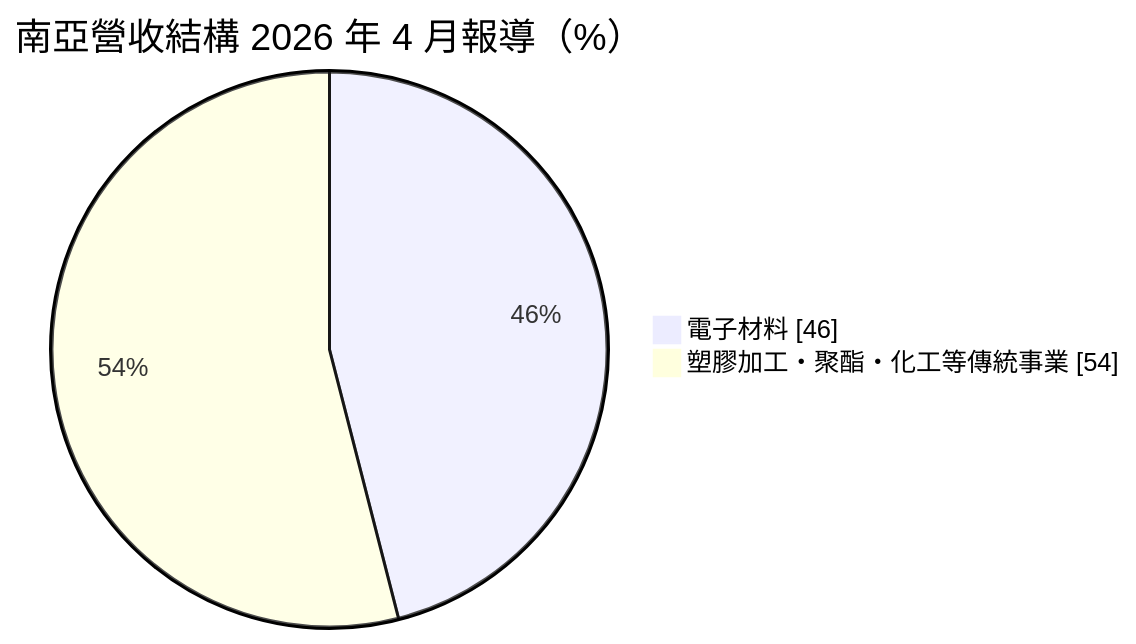
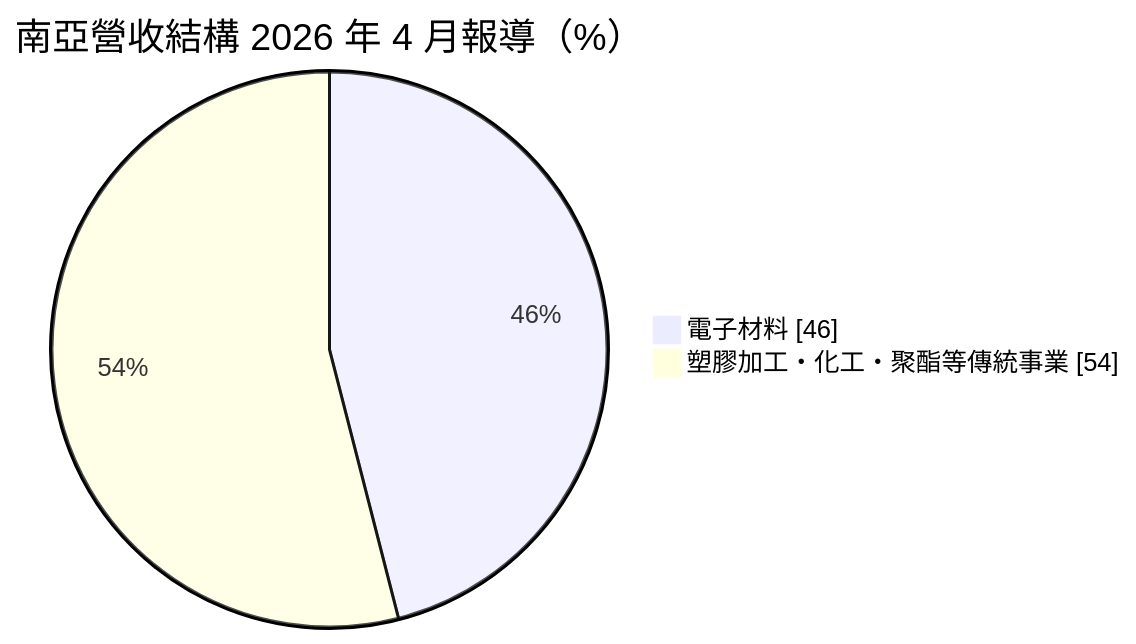
Before and after one commit to wangnick1004/taiwan-stock-vault: the first of 4 diagrams in 個股/台股/1303南亞.md, drawn with Mermaid. The commit also changed other lines of this file and 27 other files, not shown here.

````diff
--- a/個股/台股/1303南亞.md
+++ b/個股/台股/1303南亞.md
@@ -54,6 +52,6 @@
 ```mermaid
 pie showData
     title 南亞營收結構 2026 年 4 月報導（%）
     "電子材料" : 46
-    "塑膠加工・聚酯・化工等傳統事業" : 54
+    "塑膠加工・化工・聚酯等傳統事業" : 54
 ```
````
